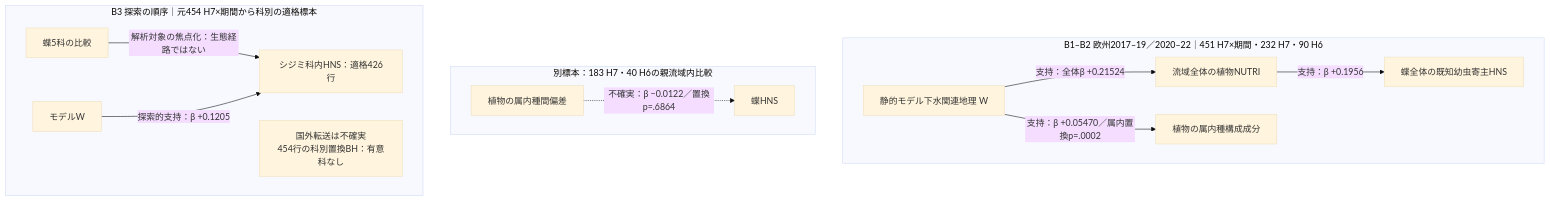
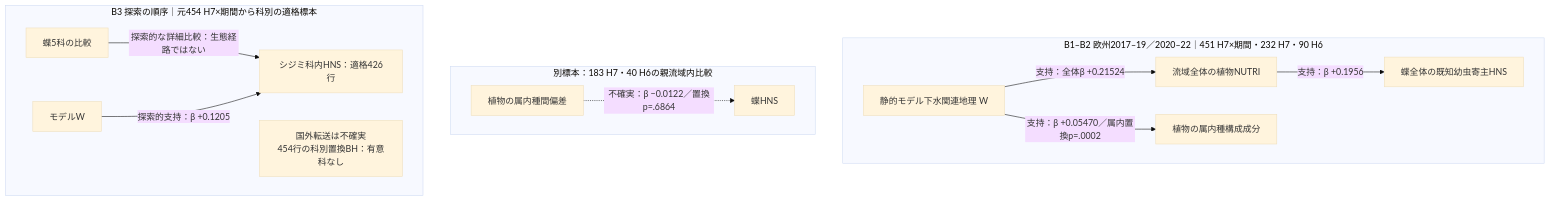
One commit to zuizui0223/gesui changed the second of 4 diagrams in docs/manuscript_riparian_interactions/README.md. Above: the diagram before and after it, drawn with Mermaid (base theme). The commit also changed other lines of this file and 2 other files, not shown here.

Commit message:
Restore butterfly hypothesis chronology and photo pathway limits

````diff
--- a/docs/manuscript_riparian_interactions/README.md
+++ b/docs/manuscript_riparian_interactions/README.md
@@ -60,16 +60,16 @@
 ```mermaid
 flowchart TB
   subgraph EU["B1–B2 欧州2017–19／2020–22｜451 H7×期間・232 H7・90 H6"]
     EW["静的モデル下水関連地理 W"] -->|"支持：全体β +0.21524"| PN["流域全体の植物NUTRI"]
     EW -->|"支持：β +0.05470／属内置換p=.0002"| PG["植物の属内種構成成分"]
     PN -->|"支持：β +0.1956"| BH["蝶全体の既知幼虫寄主HNS"]
   end
   subgraph WITHIN["別標本：183 H7・40 H6の親流域内比較"]
     PWI["植物の属内種間偏差"] -.->|"不確実：β −0.0122／置換p=.6864"| BWI["蝶HNS"]
   end
   subgraph FIVE["B3 探索の順序｜元454 H7×期間から科別の適格標本"]
-    F["蝶5科の比較"] -->|"解析対象の焦点化：生態経路ではない"| L["シジミ科内HNS：適格426行"]
+    F["蝶5科の比較"] -->|"探索的な詳細比較：生態経路ではない"| L["シジミ科内HNS：適格426行"]
     FW["モデルW"] -->|"探索的支持：β +0.1205"| L
     LIM["国外転送は不確実<br/>454行の科別置換BH：有意科なし"]
   end
 ```
````
